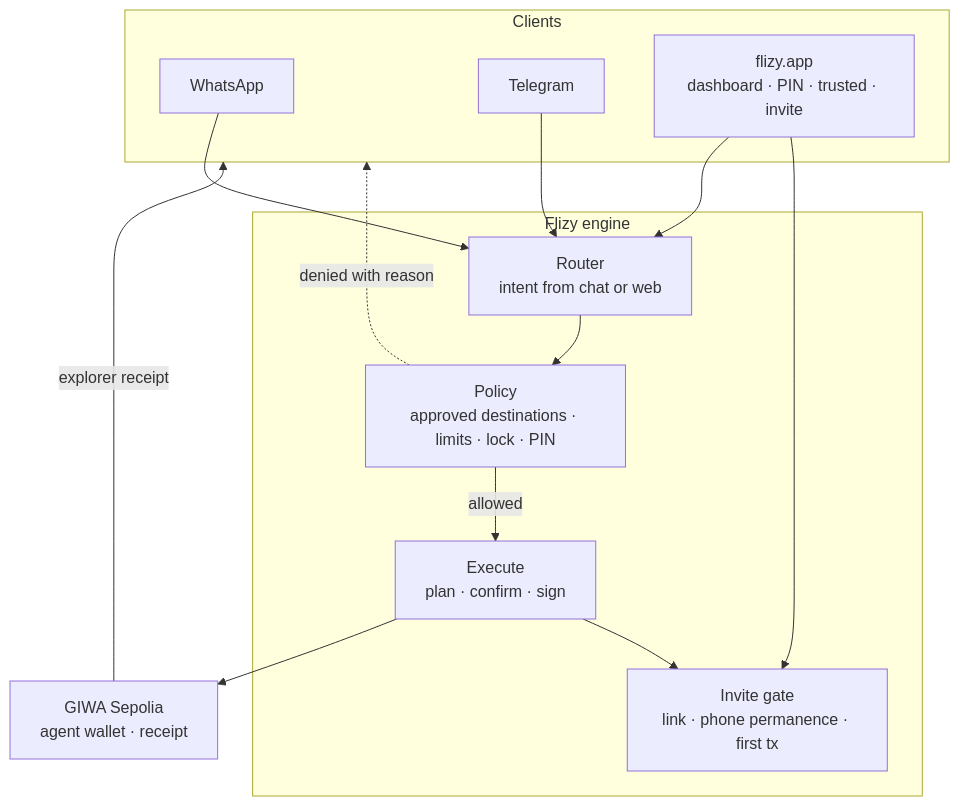
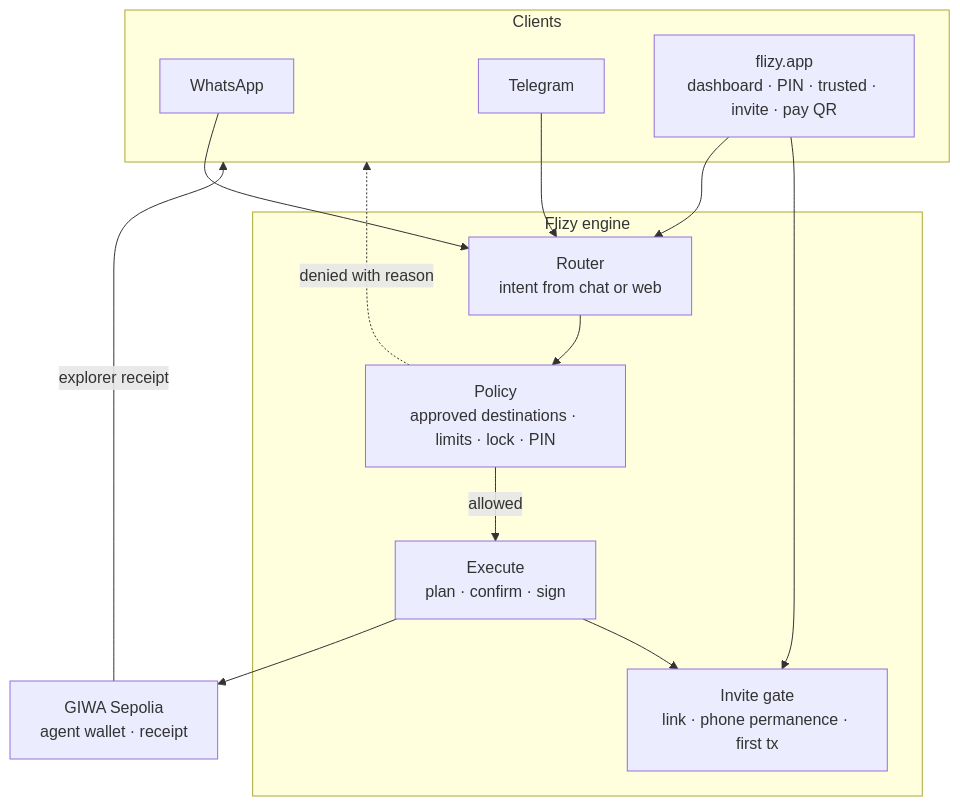
The first of 6 diagrams in README.md (rudazy/flizy), drawn with Mermaid before and after one commit. The commit also changed other lines of this file and 33 other files, not shown here.

````diff
--- a/README.md
+++ b/README.md
@@ -156,28 +164,28 @@
 ```mermaid
 flowchart TB
   subgraph clients["Clients"]
     WA["WhatsApp"]
     TG["Telegram"]
-    WEB["flizy.app<br/>dashboard · PIN · trusted · invite"]
+    WEB["flizy.app<br/>dashboard · PIN · trusted · invite · pay QR"]
   end
 
   subgraph engine["Flizy engine"]
     R["Router<br/>intent from chat or web"]
     P["Policy<br/>approved destinations · limits · lock · PIN"]
     X["Execute<br/>plan · confirm · sign"]
     INV["Invite gate<br/>link · phone permanence · first tx"]
   end
 
   CH["GIWA Sepolia<br/>agent wallet · receipt"]
 
   WA --> R
   TG --> R
   WEB --> R
   WEB --> INV
   R --> P
   P -->|allowed| X
   P -.->|denied with reason| clients
   X --> CH
   X --> INV
   CH -->|explorer receipt| clients
 ```
````
